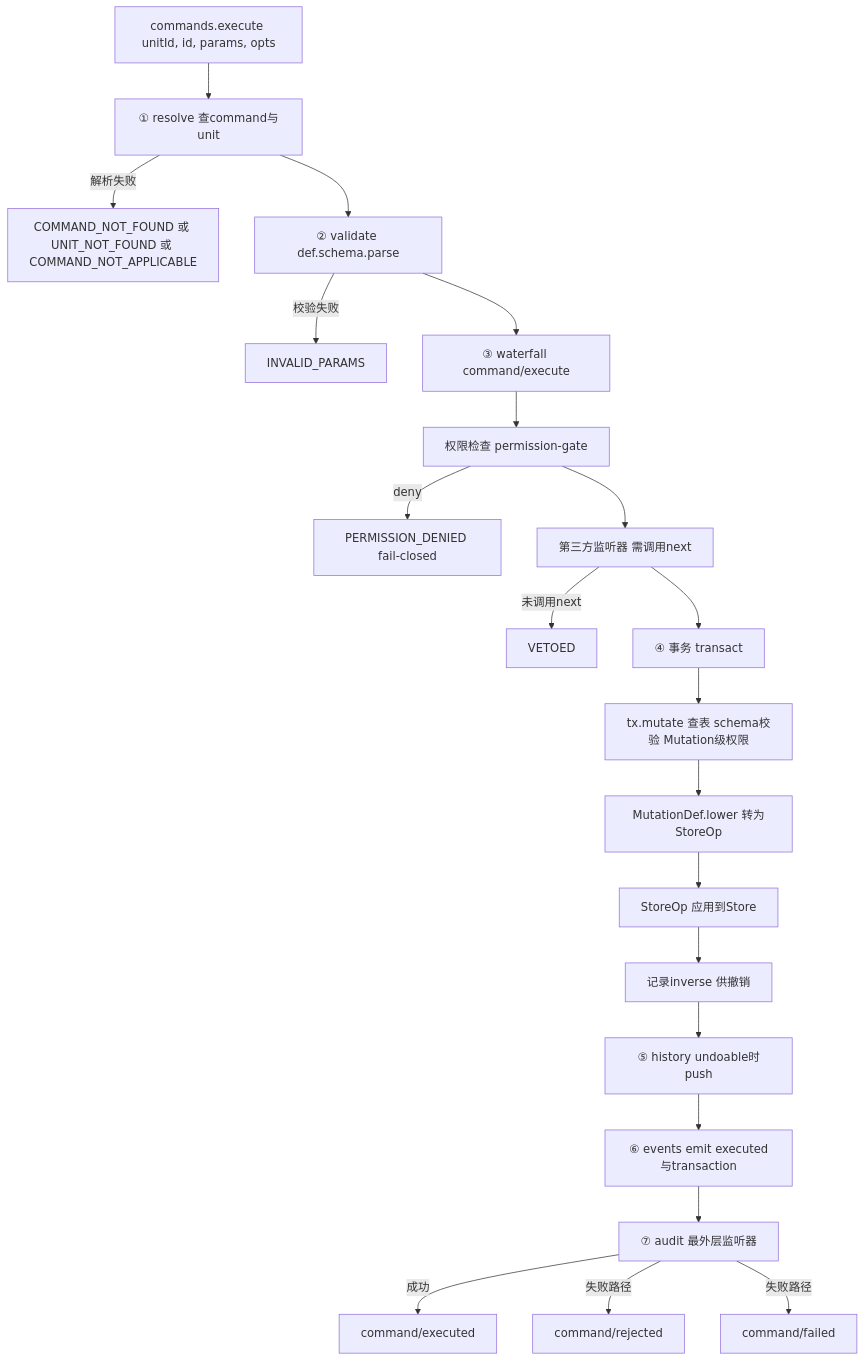
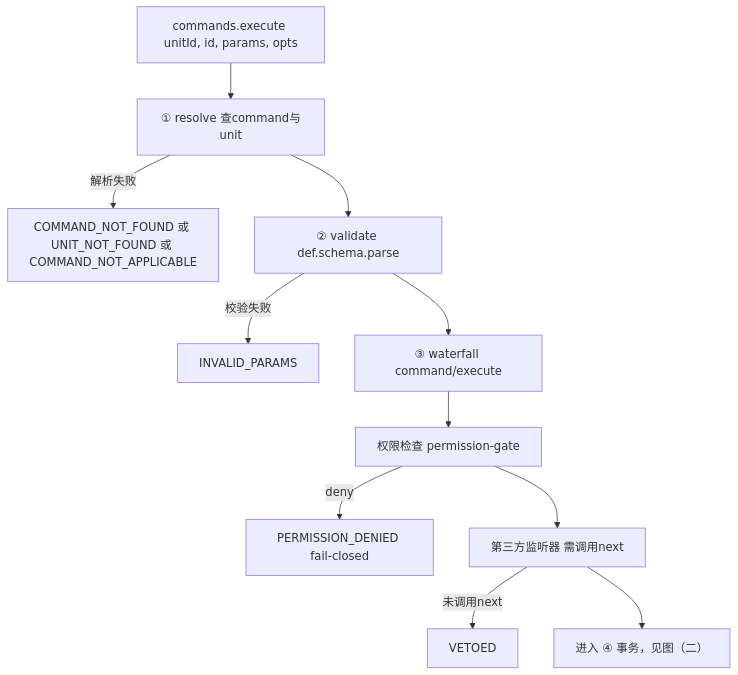
Before and after one commit to Xeonice/cordis-ppt-editor: the fifth of 12 diagrams in docs/40-modules/02-kernel-protocol-and-document-core.md, drawn with Mermaid. The commit also changed other lines of this file and 79 other files, not shown here.

````diff
--- a/docs/40-modules/02-kernel-protocol-and-document-core.md
+++ b/docs/40-modules/02-kernel-protocol-and-document-core.md
@@ -399,44 +399,24 @@
 ```mermaid
 flowchart TB
 start["commands.execute unitId, id, params, opts"]
 resolve["① resolve 查command与unit"]
 resolveerr["COMMAND_NOT_FOUND 或 UNIT_NOT_FOUND 或 COMMAND_NOT_APPLICABLE"]
 validate["② validate def.schema.parse"]
 invalidparams["INVALID_PARAMS"]
 waterfall["③ waterfall command/execute"]
 permgate["权限检查 permission-gate"]
 denied["PERMISSION_DENIED fail-closed"]
 listeners["第三方监听器 需调用next"]
 vetoed["VETOED"]
-transact["④ 事务 transact"]
-mutate["tx.mutate 查表 schema校验 Mutation级权限"]
-lower["MutationDef.lower 转为StoreOp"]
-storeop["StoreOp 应用到Store"]
-inverse["记录inverse 供撤销"]
-history["⑤ history undoable时push"]
-events["⑥ events emit executed与transaction"]
-audit["⑦ audit 最外层监听器"]
-executed["command/executed"]
-rejected["command/rejected"]
-failed["command/failed"]
+toTx["进入 ④ 事务，见图（二）"]
 start --> resolve
 resolve -- "解析失败" --> resolveerr
 resolve --> validate
 validate -- "校验失败" --> invalidparams
 validate --> waterfall
 waterfall --> permgate
 permgate -- "deny" --> denied
 permgate --> listeners
 listeners -- "未调用next" --> vetoed
-listeners --> transact
-transact --> mutate
-mutate --> lower
-lower --> storeop
-storeop --> inverse
-inverse --> history
-history --> events
-events --> audit
-audit -- "成功" --> executed
-audit -- "失败路径" --> rejected
-audit -- "失败路径" --> failed
+listeners --> toTx
 ```
````
